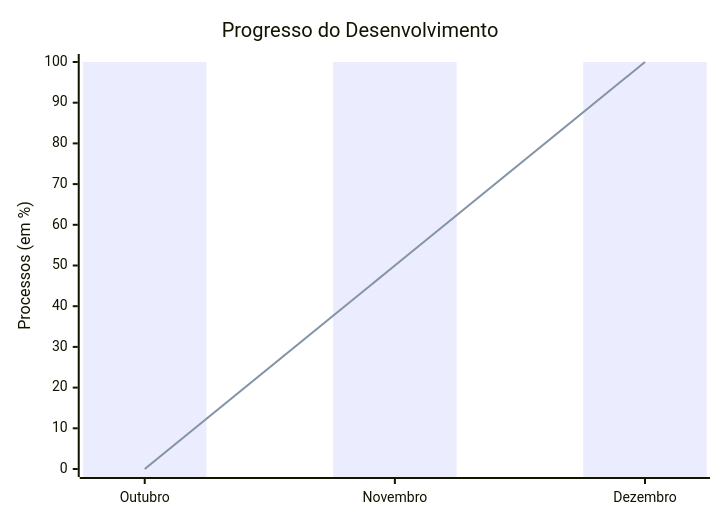
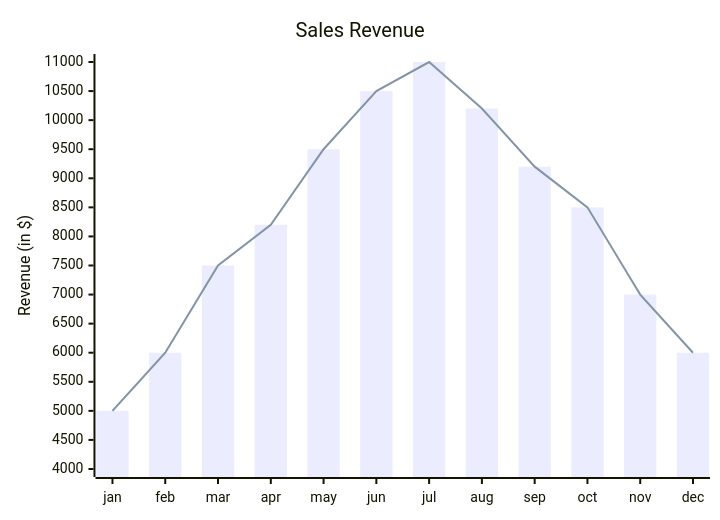
The diagram in README.md (desenvolvimento03onnet/onnet-comissao-api), drawn with Mermaid before and after one commit.

Commit message:
Nono Commit, Alterações README

````diff
--- a/README.md
+++ b/README.md
@@ -47,8 +47,8 @@
 ```mermaid
   xychart-beta
-          title "Progresso do Desenvolvimento"
-          x-axis [Outubro, Novembro, Dezembro]
-          y-axis "Processos (em %)" 0 --> 100
-          bar [100, 100, 100]
-          line [0, 50, 100]
+    title "Sales Revenue"
+    x-axis [jan, feb, mar, apr, may, jun, jul, aug, sep, oct, nov, dec]
+    y-axis "Revenue (in $)" 4000 --> 11000
+    bar [5000, 6000, 7500, 8200, 9500, 10500, 11000, 10200, 9200, 8500, 7000, 6000]
+    line [5000, 6000, 7500, 8200, 9500, 10500, 11000, 10200, 9200, 8500, 7000, 6000]
 ```
````
